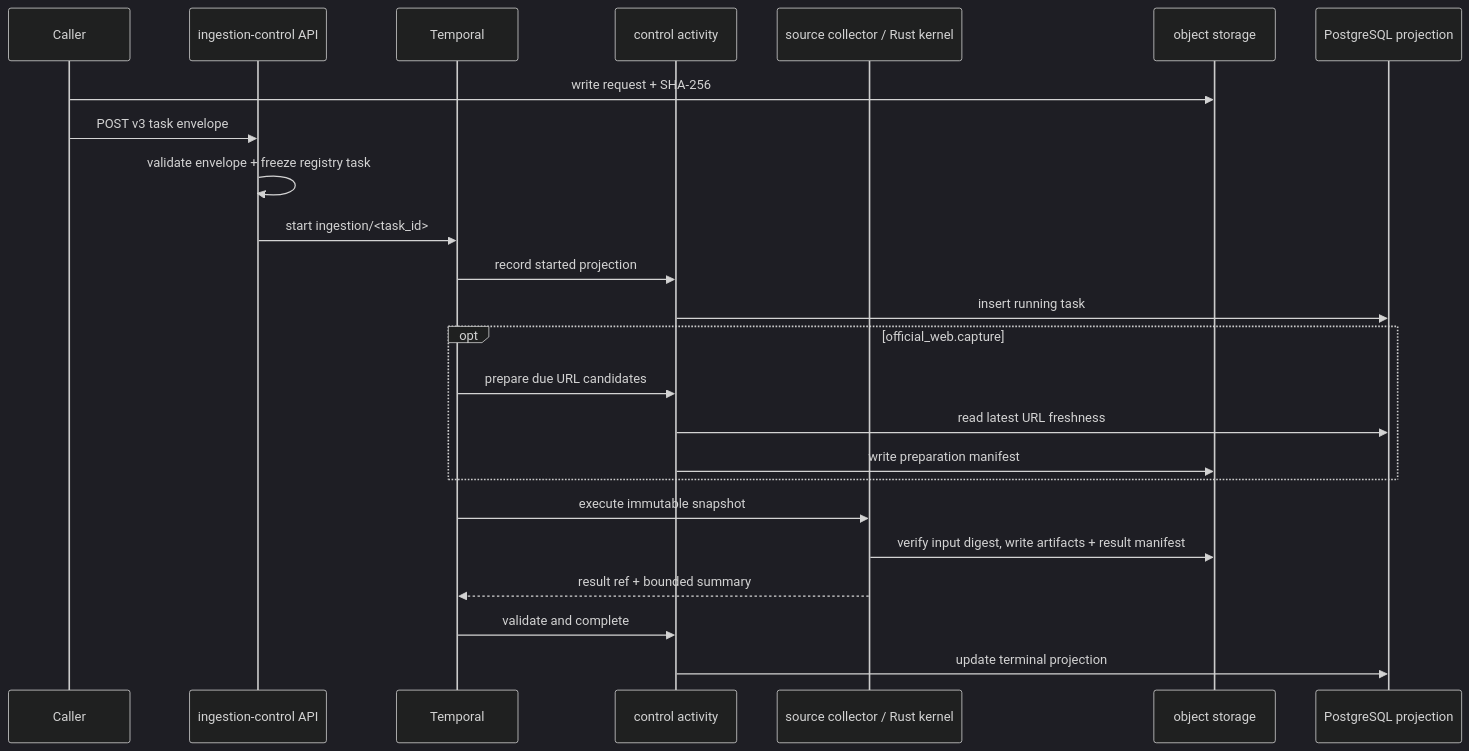
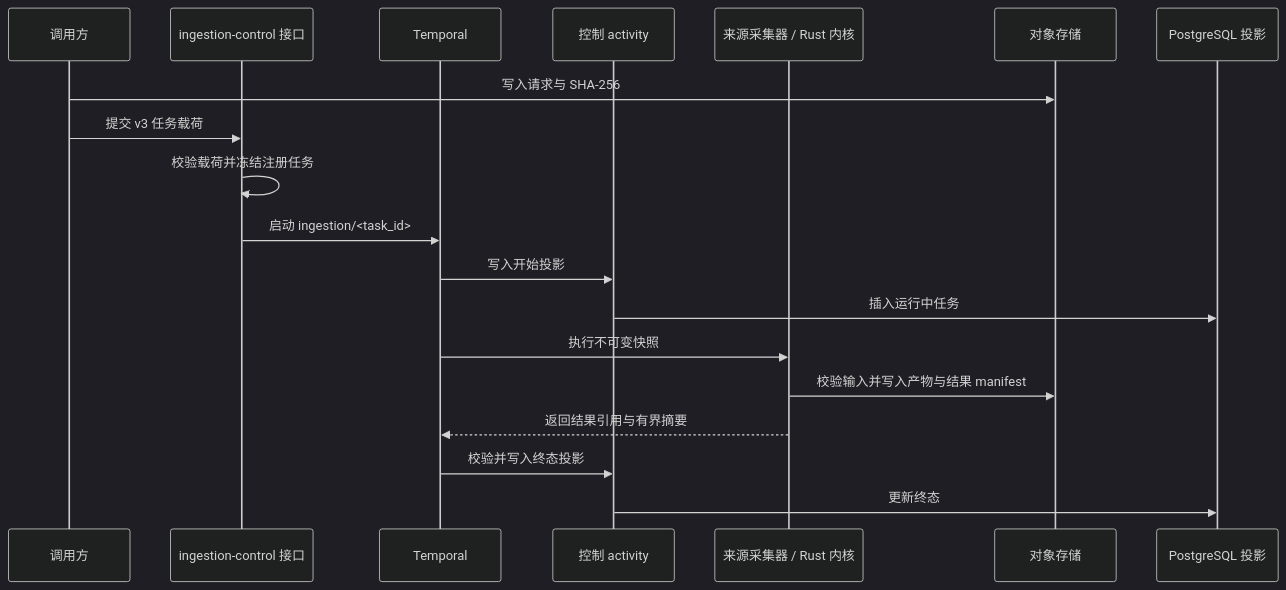
The diagram in docs/architecture/system/data-plane.md (Luxfeier22331/campus-agent-main), drawn with Mermaid (dark theme) before and after one commit. The commit also changed other lines of this file and 316 other files, not shown here.

````diff
--- a/docs/architecture/system/data-plane.md
+++ b/docs/architecture/system/data-plane.md
@@ -100,27 +62,22 @@
 ```mermaid
 sequenceDiagram
-  participant Caller
-  participant API as ingestion-control API
+  participant Caller as 调用方
+  participant API as ingestion-control 接口
   participant Temporal
-  participant Control as control activity
-  participant Executor as source collector / Rust kernel
-  participant S3 as object storage
-  participant PG as PostgreSQL projection
+  participant Control as 控制 activity
+  participant Executor as 来源采集器 / Rust 内核
+  participant S3 as 对象存储
+  participant PG as PostgreSQL 投影
 
-  Caller->>S3: write request + SHA-256
-  Caller->>API: POST v3 task envelope
-  API->>API: validate envelope + freeze registry task
-  API->>Temporal: start ingestion/<task_id>
-  Temporal->>Control: record started projection
-  Control->>PG: insert running task
-  opt official_web.capture
-    Temporal->>Control: prepare due URL candidates
-    Control->>PG: read latest URL freshness
-    Control->>S3: write preparation manifest
-  end
-  Temporal->>Executor: execute immutable snapshot
-  Executor->>S3: verify input digest, write artifacts + result manifest
-  Executor-->>Temporal: result ref + bounded summary
-  Temporal->>Control: validate and complete
-  Control->>PG: update terminal projection
+  Caller->>S3: 写入请求与 SHA-256
+  Caller->>API: 提交 v3 任务载荷
+  API->>API: 校验载荷并冻结注册任务
+  API->>Temporal: 启动 ingestion/<task_id>
+  Temporal->>Control: 写入开始投影
+  Control->>PG: 插入运行中任务
+  Temporal->>Executor: 执行不可变快照
+  Executor->>S3: 校验输入并写入产物与结果 manifest
+  Executor-->>Temporal: 返回结果引用与有界摘要
+  Temporal->>Control: 校验并写入终态投影
+  Control->>PG: 更新终态
 ```
````
